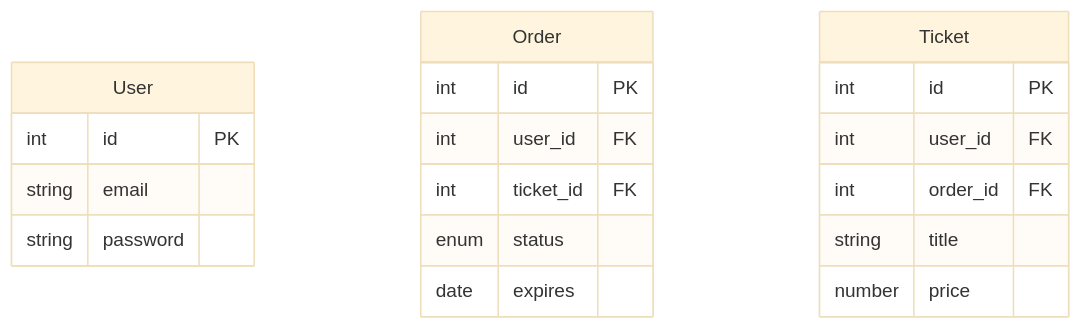
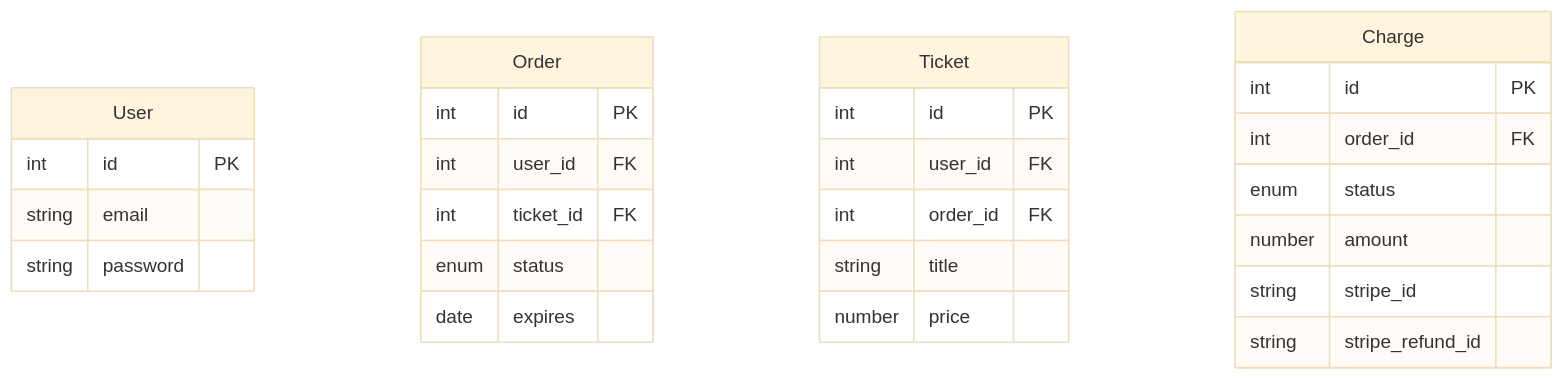
Before and after one commit to albin-joseph/nodejs-micro-service: the diagram in ticketing/README.md, drawn with Mermaid (base theme).

Commit message:
add ticketing app erdiagram

````diff
--- a/ticketing/README.md
+++ b/ticketing/README.md
@@ -24,24 +24,34 @@
 ``` mermaid
         erDiagram
             User {
                 int id PK
                 string email
                 string password
             }
 
             Order {
                 int id PK
                 int user_id FK
                 int ticket_id FK
                 enum status
                 date expires
             }
 
             Ticket {
                 int id PK
                 int user_id FK
                 int order_id FK
                 string title
                 number price
             }
+
+             Charge {
+                int id PK
+                int order_id FK
+                enum status
+                number amount
+                string stripe_id
+                string stripe_refund_id
+            }
+
 ```
````
